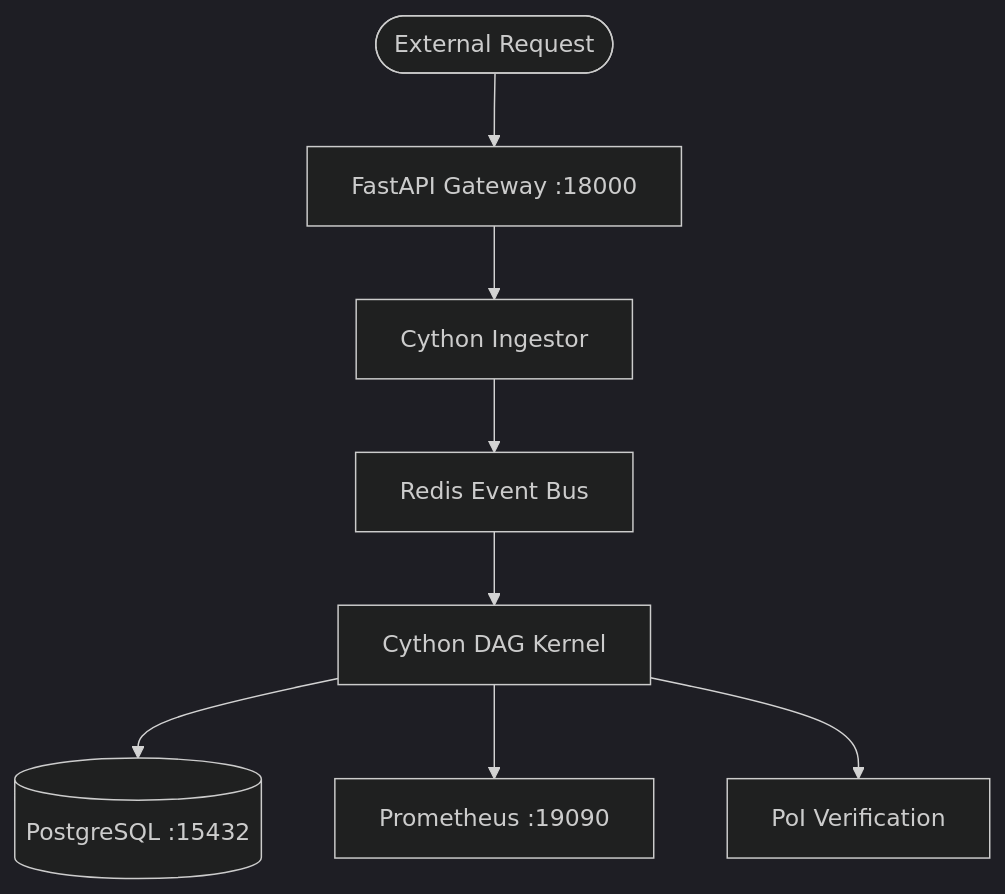
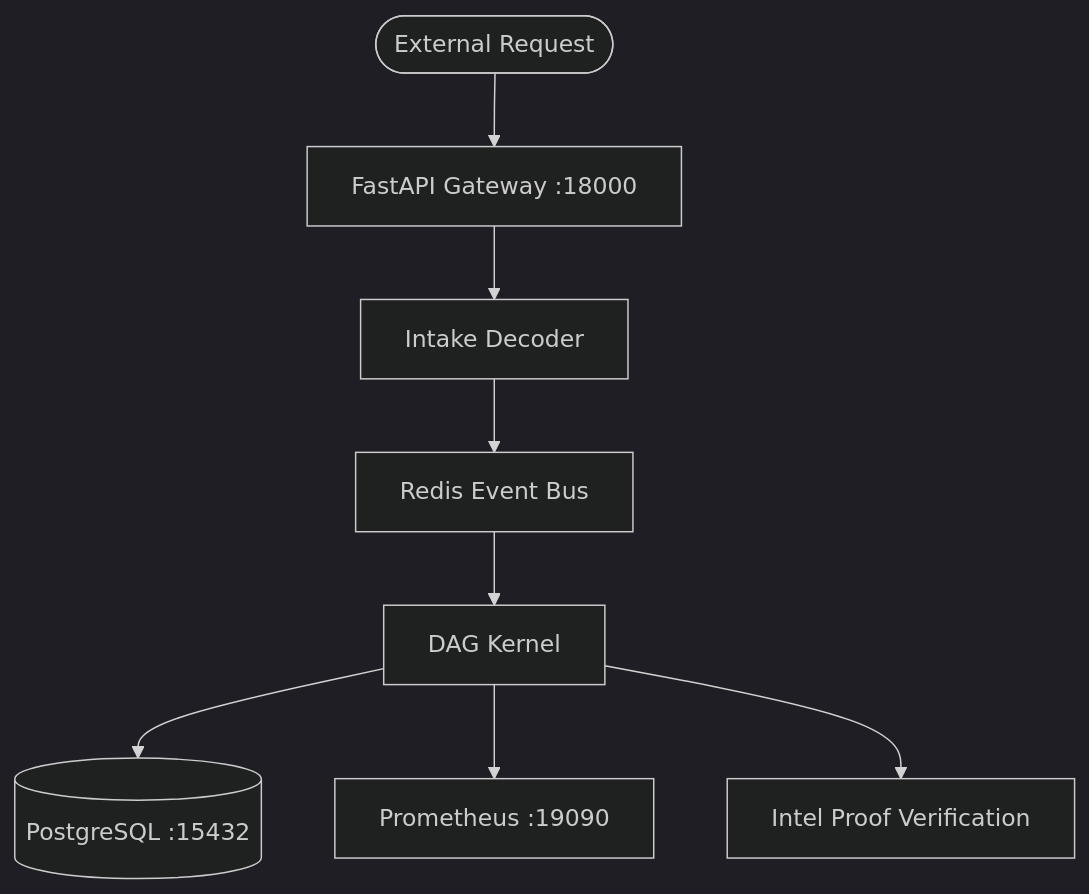
Before and after one commit to nguyenbaothienphuc070206/omni_test_fix: the diagram in ARCHITECTURE.md, drawn with Mermaid (dark theme). The commit also changed other lines of this file and 79 other files, not shown here.

Commit message:
chore: publish Architect-OMNI-Ultimate

````diff
--- a/ARCHITECTURE.md
+++ b/ARCHITECTURE.md
@@ -9,10 +9,10 @@
 ```mermaid
 graph TD
     User([External Request]) --> Gateway[FastAPI Gateway :18000]
-    Gateway --> Ingestor[Cython Ingestor]
+    Gateway --> Ingestor[Intake Decoder]
     Ingestor --> Bus[Redis Event Bus]
-    Bus --> Validator[Cython DAG Kernel]
+    Bus --> Validator[DAG Kernel]
     Validator --> DB[(PostgreSQL :15432)]
     Validator --> Analytics[Prometheus :19090]
-    Validator --> PoI[PoI Verification]
+    Validator --> Intel[Intel Proof Verification]
 ```
````
